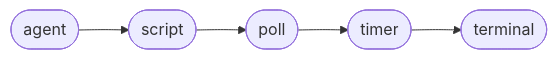
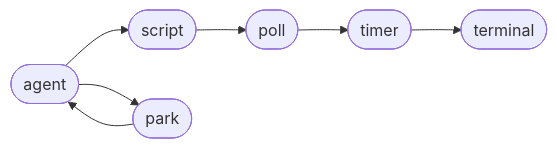
The first of 3 diagrams in README.md (dzhng/duet-agent), drawn with Mermaid before and after one commit. The commit also changed other lines of this file and 8 other files, not shown here.

````diff
--- a/README.md
+++ b/README.md
@@ -80,4 +81,5 @@
 ```mermaid
 flowchart LR
   A([agent]) --> S([script]) --> P([poll]) --> Tm([timer]) --> T([terminal])
+  A --> Pk([park]) --> A
 ```
````
